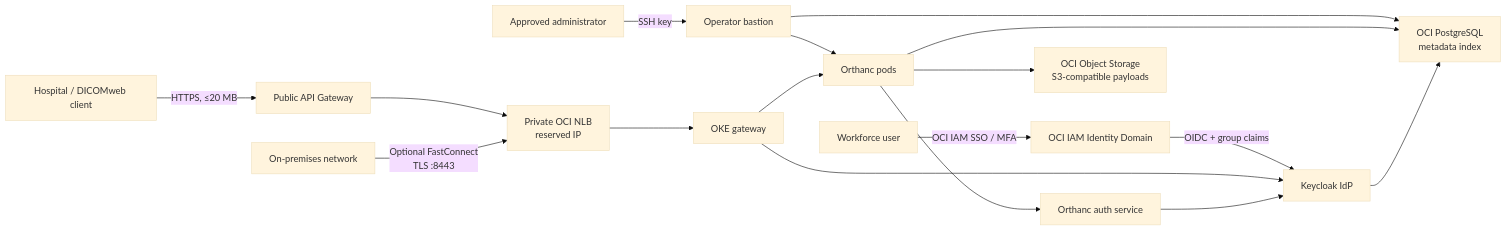
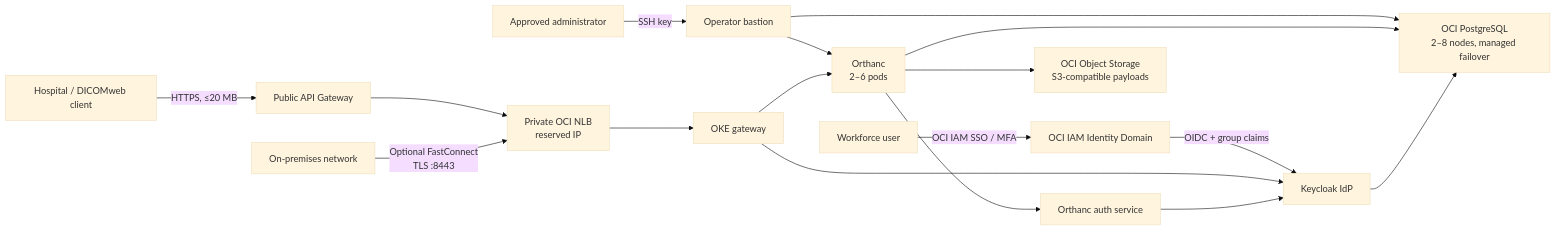
Before and after one commit to dranicu/oci-dicom-store: the diagram in README.md, drawn with Mermaid (base theme). The commit also changed other lines of this file and 12 other files, not shown here.

Commit message:
feat: enforce redundant Orthanc and PostgreSQL topology

````diff
--- a/README.md
+++ b/README.md
@@ -31,19 +32,19 @@
 ```mermaid
 flowchart LR
   Client["Hospital / DICOMweb client"] -->|"HTTPS, ≤20 MB"| APIGW["Public API Gateway"]
   User["Workforce user"] -->|"OCI IAM SSO / MFA"| OCIID["OCI IAM Identity Domain"]
   OCIID -->|"OIDC + group claims"| KC
   Admin["Approved administrator"] -->|"SSH key"| Bastion["Operator bastion"]
   APIGW --> NLB["Private OCI NLB<br/>reserved IP"]
   Bastion --> OKE
   Bastion --> PG
   NLB --> Proxy["OKE gateway"]
-  Proxy --> OKE["Orthanc pods"]
+  Proxy --> OKE["Orthanc<br/>2–6 pods"]
   Proxy --> KC["Keycloak IdP"]
   OKE --> Auth["Orthanc auth service"]
   Auth --> KC
-  OKE --> PG["OCI PostgreSQL<br/>metadata index"]
+  OKE --> PG["OCI PostgreSQL<br/>2–8 nodes, managed failover"]
   KC --> PG
   OKE --> OS["OCI Object Storage<br/>S3-compatible payloads"]
   OnPrem["On-premises network"] -->|"Optional FastConnect<br/>TLS :8443"| NLB
 ```
````
